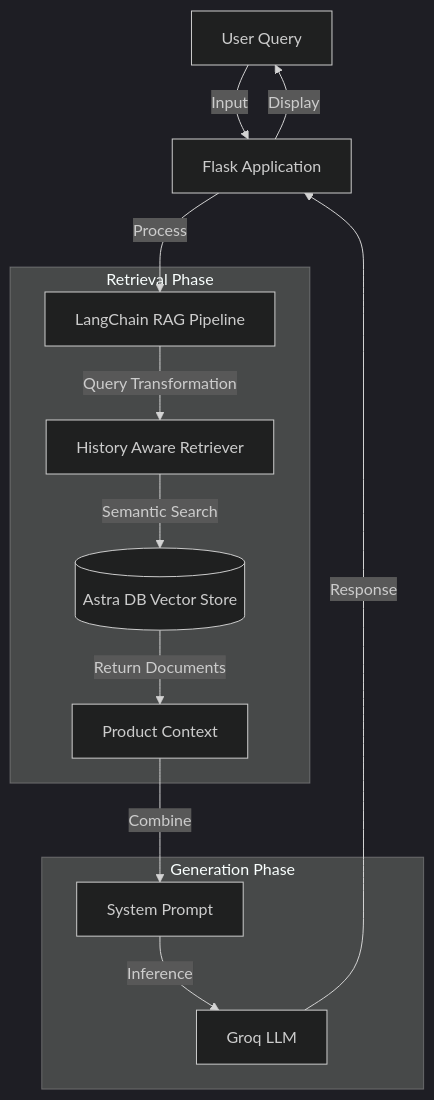
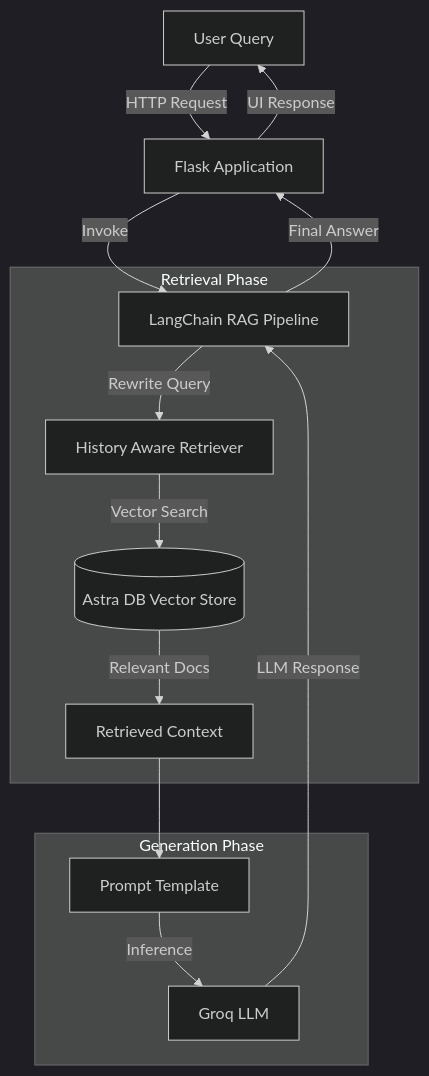
Before and after one commit to SHAIKH-AKBAR-ALI/FLIPKART-product-recommender-system: the diagram in README.md, drawn with Mermaid (dark theme).

````diff
--- a/README.md
+++ b/README.md
@@ -49,19 +49,21 @@
 ```mermaid
 graph TD
-    User[User Query] -->|Input| WebApp[Flask Application]
-    WebApp -->|Process| Chain[LangChain RAG Pipeline]
-    
-    subgraph "Retrieval Phase"
-    Chain -->|Query Transformation| History[History Aware Retriever]
-    History -->|Semantic Search| AstraDB[(Astra DB Vector Store)]
-    AstraDB -->|Return Documents| Context[Product Context]
+    User[User Query] -->|HTTP Request| WebApp[Flask Application]
+    WebApp -->|Invoke| Chain[LangChain RAG Pipeline]
+
+    subgraph Retrieval Phase
+        Chain -->|Rewrite Query| HAR[History Aware Retriever]
+        HAR -->|Vector Search| AstraDB[(Astra DB Vector Store)]
+        AstraDB -->|Relevant Docs| Context[Retrieved Context]
     end
-    
-    subgraph "Generation Phase"
-    Context -->|Combine| Prompt[System Prompt]
-    Prompt -->|Inference| Groq[Groq LLM]
+
+    subgraph Generation Phase
+        Context --> Prompt[Prompt Template]
+        Prompt -->|Inference| Groq[Groq LLM]
     end
-    
-    Groq -->|Response| WebApp
-    WebApp -->|Display| User
+
+    Groq -->|LLM Response| Chain
+    Chain -->|Final Answer| WebApp
+    WebApp -->|UI Response| User
+
 ```
````
